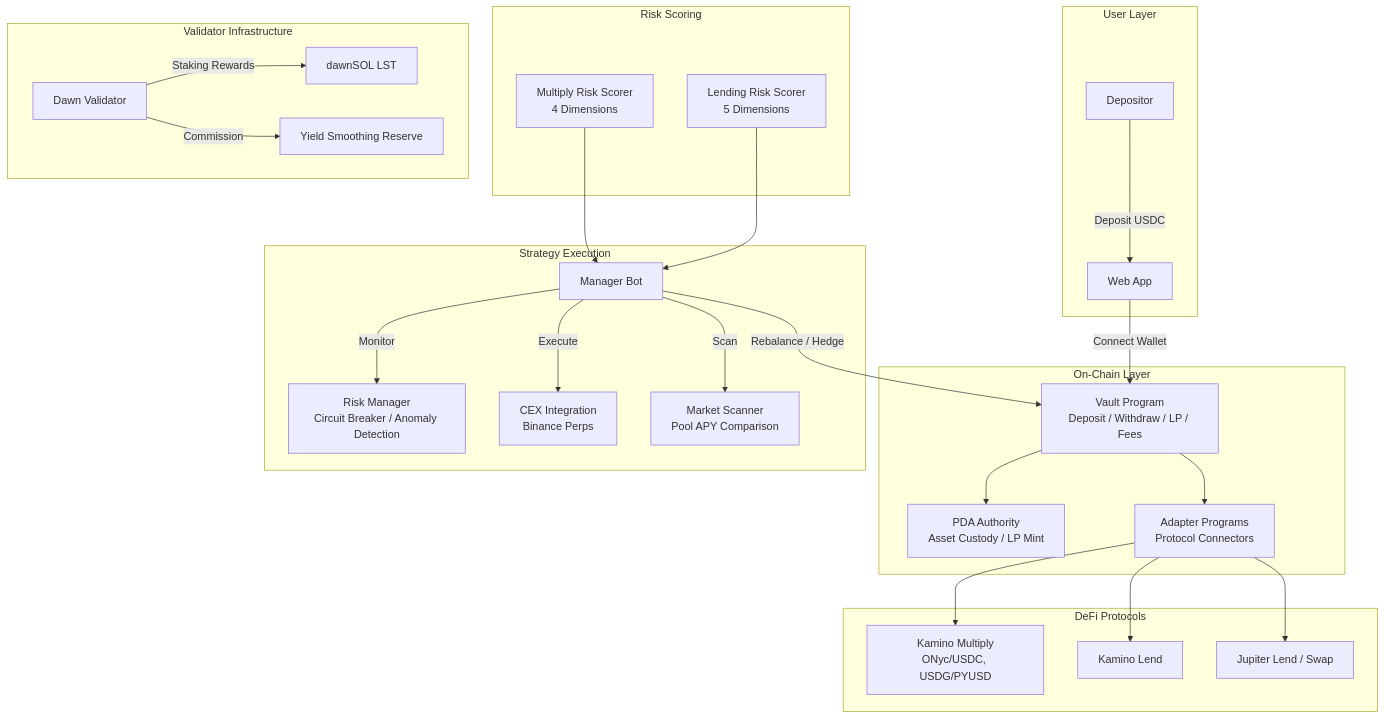
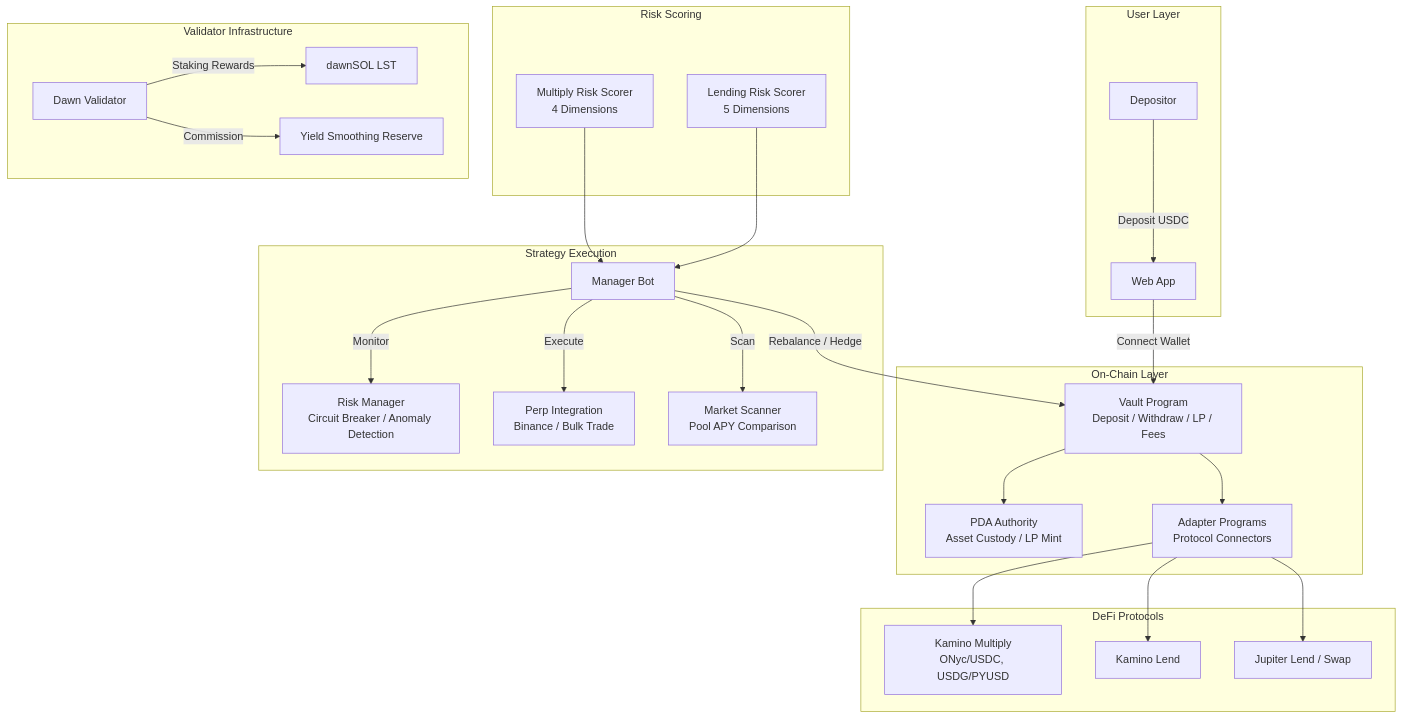
Before and after one commit to DawnLabsTech/docs: the diagram in vault/overview.md, drawn with Mermaid. The commit also changed 2 other files, not shown here.

Commit message:
docs: add Bulk Trade testnet integration notes

````diff
--- a/vault/overview.md
+++ b/vault/overview.md
@@ -65,35 +65,35 @@
 ```mermaid
 graph TB
     subgraph "User Layer"
         U[Depositor] -->|Deposit USDC| UI[Web App]
     end
 
     subgraph "On-Chain Layer"
         UI -->|Connect Wallet| VP[Vault Program<br>Deposit / Withdraw / LP / Fees]
         VP --> PDA[PDA Authority<br>Asset Custody / LP Mint]
         VP --> AP[Adapter Programs<br>Protocol Connectors]
     end
 
     subgraph "Strategy Execution"
         MB[Manager Bot] -->|Rebalance / Hedge| VP
         MB -->|Monitor| RM[Risk Manager<br>Circuit Breaker / Anomaly Detection]
-        MB -->|Execute| CEX[CEX Integration<br>Binance Perps]
+        MB -->|Execute| CEX[Perp Integration<br>Binance / Bulk Trade]
         MB -->|Scan| MS[Market Scanner<br>Pool APY Comparison]
     end
 
     subgraph "Risk Scoring"
         MRS[Multiply Risk Scorer<br>4 Dimensions] --> MB
         LRS[Lending Risk Scorer<br>5 Dimensions] --> MB
     end
 
     subgraph "DeFi Protocols"
         AP --> KM[Kamino Multiply<br>ONyc/USDC, USDG/PYUSD]
         AP --> KL[Kamino Lend]
         AP --> Jupiter[Jupiter Lend / Swap]
     end
 
     subgraph "Validator Infrastructure"
         VS[Dawn Validator] -->|Staking Rewards| dawnSOL[dawnSOL LST]
         VS -->|Commission| YSR[Yield Smoothing Reserve]
     end
 ```
````
